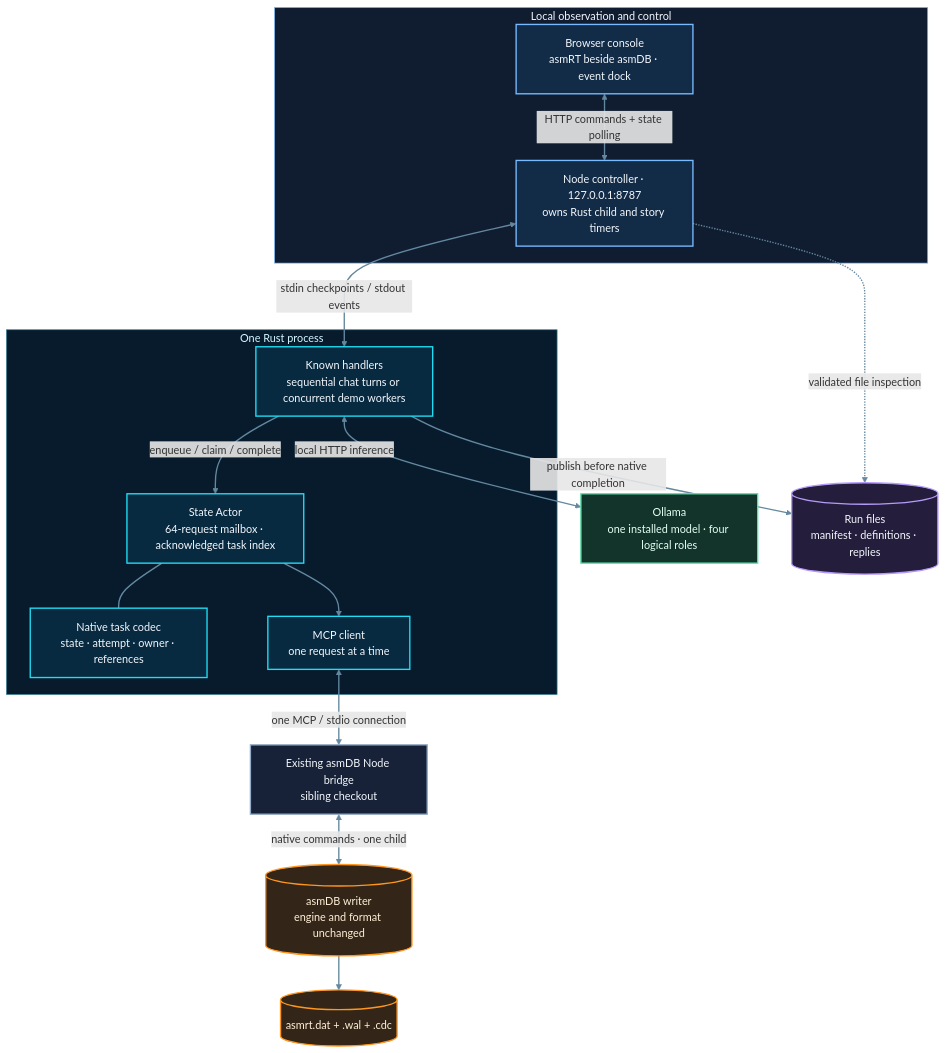
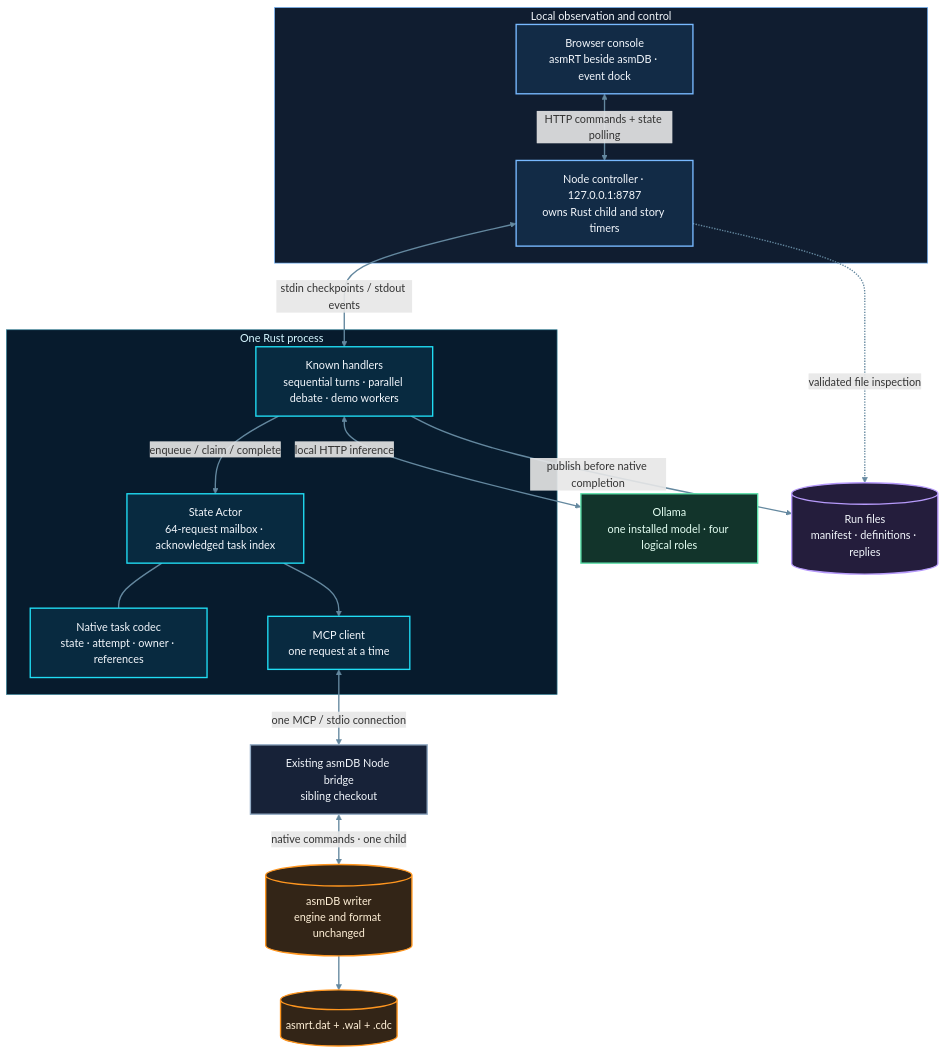
Before and after one commit to fredgis/asmRT: the first of 3 diagrams in Docs/ARCHITECTURE.md, drawn with Mermaid. The commit also changed other lines of this file and 27 other files, not shown here.

````diff
--- a/Docs/ARCHITECTURE.md
+++ b/Docs/ARCHITECTURE.md
@@ -34,39 +34,39 @@
 ```mermaid
 flowchart TB
     subgraph VIEW["Local observation and control"]
         UI["Browser console<br>asmRT beside asmDB · event dock"]
         CTRL["Node controller · 127.0.0.1:8787<br>owns Rust child and story timers"]
         UI <-->|"HTTP commands + state polling"| CTRL
     end
     subgraph RUST["One Rust process"]
-        H["Known handlers<br>sequential chat turns or concurrent demo workers"]
+        H["Known handlers<br>sequential turns · parallel debate · demo workers"]
         A["State Actor<br>64-request mailbox · acknowledged task index"]
         C["Native task codec<br>state · attempt · owner · references"]
         M["MCP client<br>one request at a time"]
         H -->|"enqueue / claim / complete"| A
         A --- C
         A --> M
     end
     CTRL <-->|"stdin checkpoints / stdout events"| H
     M <-->|"one MCP / stdio connection"| BRIDGE["Existing asmDB Node bridge<br>sibling checkout"]
     BRIDGE <-->|"native commands · one child"| DB[("asmDB writer<br>engine and format unchanged")]
     DB --> NATIVE[("asmrt.dat + .wal + .cdc")]
     H <-->|"local HTTP inference"| LLM["Ollama<br>one installed model · four logical roles"]
     H -->|"publish before native completion"| FILES[("Run files<br>manifest · definitions · replies")]
     CTRL -.->|"validated file inspection"| FILES
     classDef control fill:#122b46,stroke:#78b9ff,stroke-width:2px,color:#f3f7fc
     classDef runtime fill:#082a40,stroke:#20ddf4,stroke-width:2px,color:#f3f7fc
     classDef existing fill:#172238,stroke:#94acc5,stroke-width:2px,color:#f3f7fc
     classDef storage fill:#332517,stroke:#ff961f,stroke-width:2px,color:#fff0d7
     classDef payload fill:#241d3c,stroke:#b69afa,stroke-width:2px,color:#f3f7fc
     classDef model fill:#12342b,stroke:#5be0aa,stroke-width:2px,color:#e5fff3
     class UI,CTRL control
     class H,A,C,M runtime
     class BRIDGE existing
     class DB,NATIVE storage
     class FILES payload
     class LLM model
     style VIEW fill:#101d30,stroke:#78b9ff,color:#f3f7fc
     style RUST fill:#071b2d,stroke:#358399,color:#d5f6ff
     linkStyle default stroke:#64889f,stroke-width:2px
 ```
````
